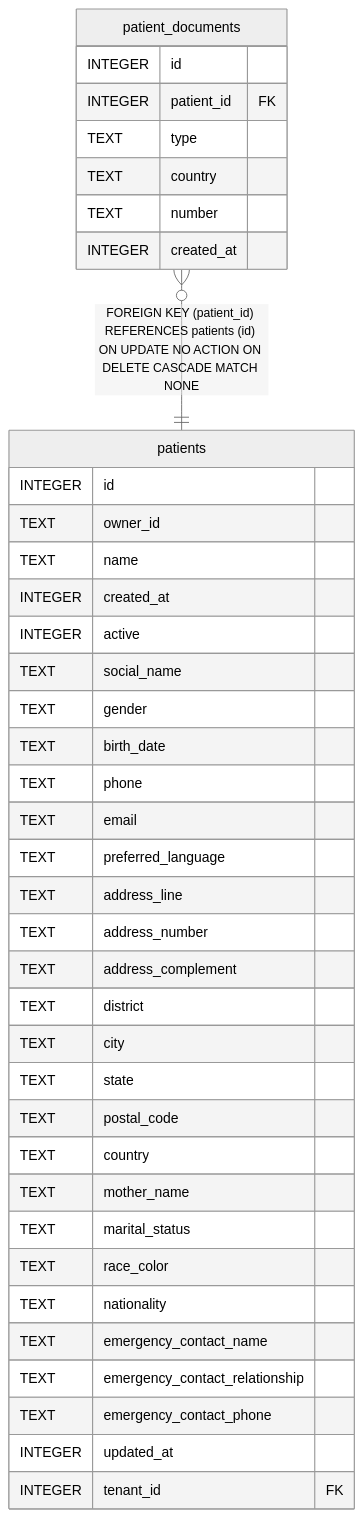
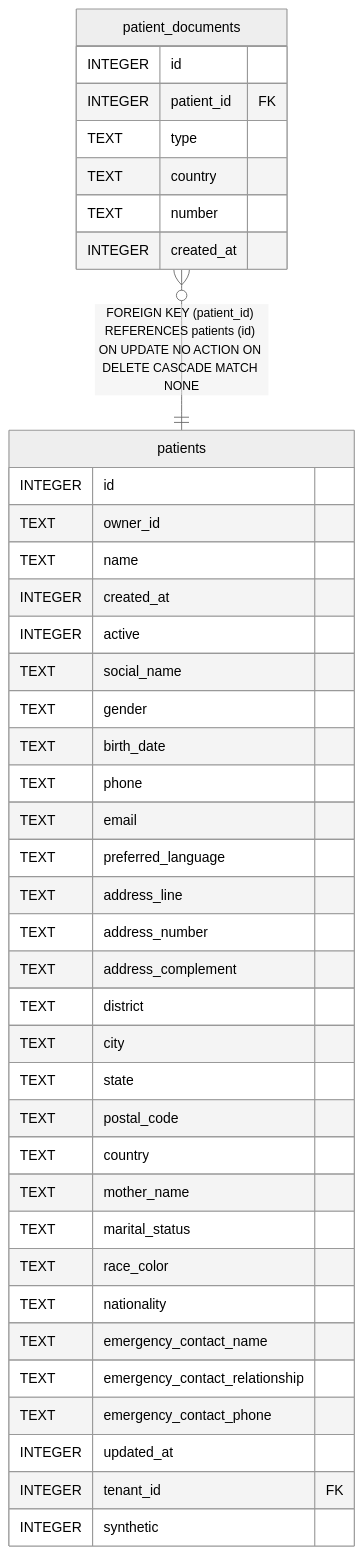
Before and after one commit to ktbhealth/docs: the diagram in content/docs/en/developers/plugins/patients/reference/schema.mmd, drawn with Mermaid (neutral theme). The commit also changed 87 other files, not shown here.

First line of the commit message:
docs(eval): erd pages for eval + apikey tables

```diff
--- a/content/docs/en/developers/plugins/patients/reference/schema.mmd
+++ b/content/docs/en/developers/plugins/patients/reference/schema.mmd
@@ -1,42 +1,43 @@
 erDiagram
 
 "patient_documents" }o--|| "patients" : "FOREIGN KEY (patient_id) REFERENCES patients (id) ON UPDATE NO ACTION ON DELETE CASCADE MATCH NONE"
 
 "patients" {
   INTEGER id
   TEXT owner_id
   TEXT name
   INTEGER created_at
   INTEGER active
   TEXT social_name
   TEXT gender
   TEXT birth_date
   TEXT phone
   TEXT email
   TEXT preferred_language
   TEXT address_line
   TEXT address_number
   TEXT address_complement
   TEXT district
   TEXT city
   TEXT state
   TEXT postal_code
   TEXT country
   TEXT mother_name
   TEXT marital_status
   TEXT race_color
   TEXT nationality
   TEXT emergency_contact_name
   TEXT emergency_contact_relationship
   TEXT emergency_contact_phone
   INTEGER updated_at
   INTEGER tenant_id FK
+  INTEGER synthetic
 }
 "patient_documents" {
   INTEGER id
   INTEGER patient_id FK
   TEXT type
   TEXT country
   TEXT number
   INTEGER created_at
 }
```
